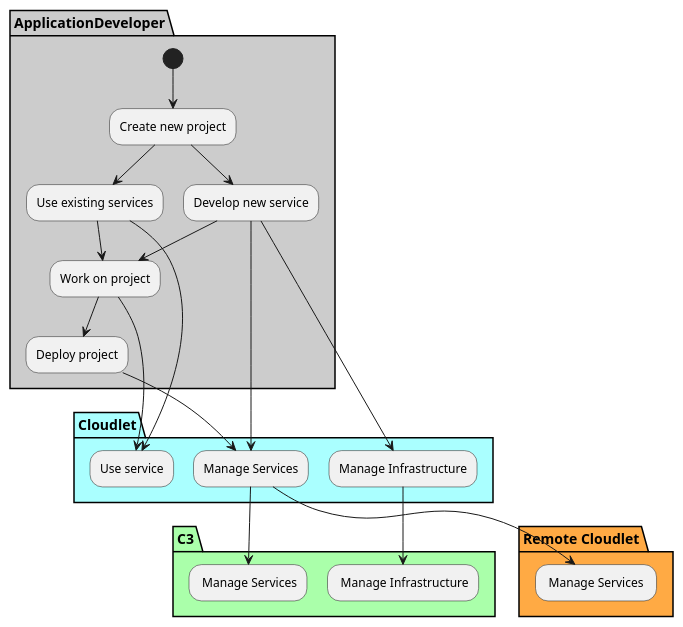
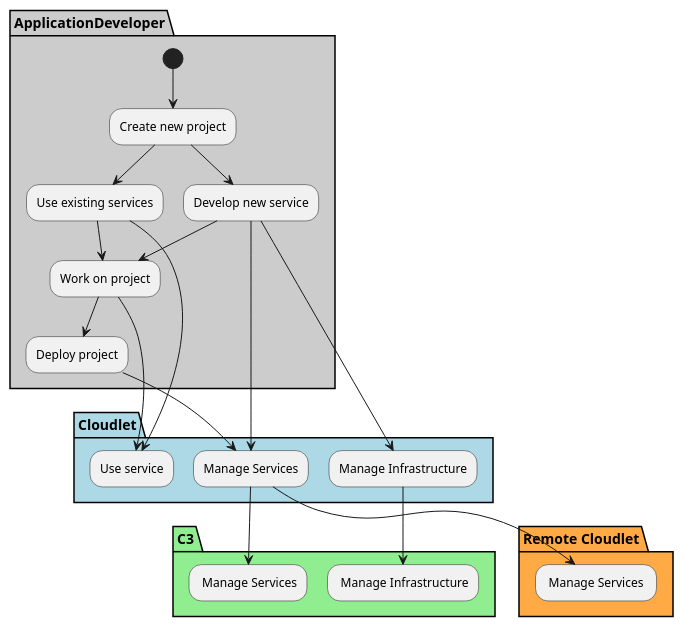
Before and after one commit to CAADE/CloudLet: the diagram in docs/Actors/Application-Developer/Activity.puml, drawn with PlantUML. The commit also changed 74 other files, not shown here.

```diff
--- a/docs/Actors/Application-Developer/Activity.puml
+++ b/docs/Actors/Application-Developer/Activity.puml
@@ -1,28 +1,28 @@
 @startuml
 
 
 partition "ApplicationDeveloper"  #cccccc {
   (*) --> "Create new project"
   "Create new project" --> "Use existing services"
   "Create new project" --> "Develop new service"
   "Develop new service" --> "Work on project"
   "Work on project" --> "Deploy project"
 }
 
-partition "Cloudlet" #aaffff {
+partition "Cloudlet" #lightblue {
   "Work on project" --> "Use service"
   "Develop new service" --> "Manage Infrastructure"
   "Develop new service" --> "Manage Services"
   "Deploy project" --> "Manage Services"
   "Use existing services" --> "Use service"
   "Use existing services" --> "Work on project"
 }
-partition "C3" #aaffaa {
+partition "C3" #lightgreen {
   "Manage Services" --> " Manage Services"
   "Manage Infrastructure" --> " Manage Infrastructure"
 }
 partition "Remote Cloudlet" #ffaa44 {
   "Manage Services" --> " Manage Services "
 }
 
 @enduml
```
